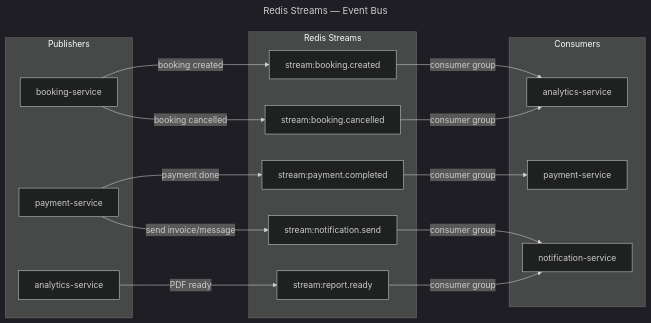
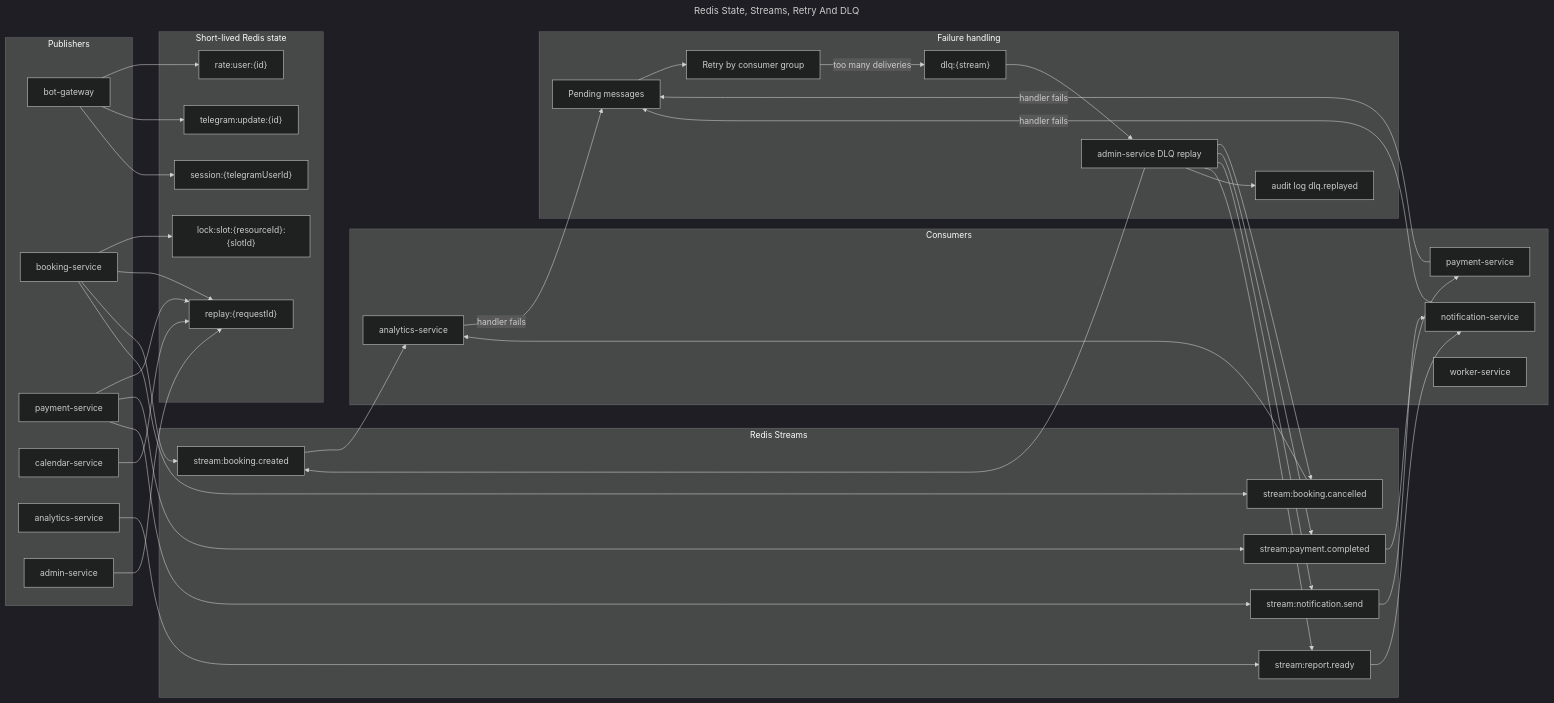
One commit to Hqzdev/Metrix changed the diagram in docs/telegram-bot-diagrams/11-redis-streams.mmd. Above: the diagram before and after it, drawn with Mermaid (dark theme). The commit also changed 162 other files, not shown here.

```diff
--- a/docs/telegram-bot-diagrams/11-redis-streams.mmd
+++ b/docs/telegram-bot-diagrams/11-redis-streams.mmd
@@ -1,35 +1,77 @@
 ---
-title: Redis Streams — Event Bus
+title: Redis State, Streams, Retry And DLQ
 ---
 flowchart LR
+    subgraph state["Short-lived Redis state"]
+        RL["rate:user:{id}"]
+        RP["replay:{requestId}"]
+        UPD["telegram:update:{id}"]
+        FSM["session:{telegramUserId}"]
+        LOCK["lock:slot:{resourceId}:{slotId}"]
+    end
+
     subgraph producers["Publishers"]
+        GW[bot-gateway]
         BK[booking-service]
         PAY[payment-service]
+        CAL[calendar-service]
         ANA[analytics-service]
+        ADM[admin-service]
     end
 
     subgraph streams["Redis Streams"]
         S1["stream:booking.created"]
         S2["stream:booking.cancelled"]
         S3["stream:payment.completed"]
         S4["stream:notification.send"]
         S5["stream:report.ready"]
     end
 
     subgraph consumers["Consumers"]
-        NOT[notification-service]
-        ANA2[analytics-service]
-        PAY2[payment-service]
+        C1[analytics-service]
+        C2[payment-service]
+        C3[notification-service]
+        C4[worker-service]
     end
 
-    BK  -->|booking created| S1
-    BK  -->|booking cancelled| S2
-    PAY -->|payment done| S3
-    PAY -->|send invoice/message| S4
-    ANA -->|PDF ready| S5
+    subgraph retry["Failure handling"]
+        PENDING[Pending messages]
+        RETRY[Retry by consumer group]
+        DLQ["dlq:{stream}"]
+        REPLAY[admin-service DLQ replay]
+        AUD[audit log dlq.replayed]
+    end
 
-    S1 -->|consumer group| ANA2
-    S2 -->|consumer group| ANA2
-    S3 -->|consumer group| PAY2
-    S4 -->|consumer group| NOT
-    S5 -->|consumer group| NOT
+    GW --> RL
+    GW --> UPD
+    GW --> FSM
+    BK --> LOCK
+    BK --> RP
+    PAY --> RP
+    CAL --> RP
+    ADM --> RP
+
+    BK --> S1
+    BK --> S2
+    PAY --> S3
+    PAY --> S4
+    ANA --> S5
+
+    S1 --> C1
+    S2 --> C1
+    S3 --> C2
+    S4 --> C3
+    S5 --> C3
+
+    C1 -->|handler fails| PENDING
+    C2 -->|handler fails| PENDING
+    C3 -->|handler fails| PENDING
+    PENDING --> RETRY
+    RETRY -->|too many deliveries| DLQ
+    DLQ --> REPLAY
+    REPLAY --> S1
+    REPLAY --> S2
+    REPLAY --> S3
+    REPLAY --> S4
+    REPLAY --> S5
+    REPLAY --> AUD
```
